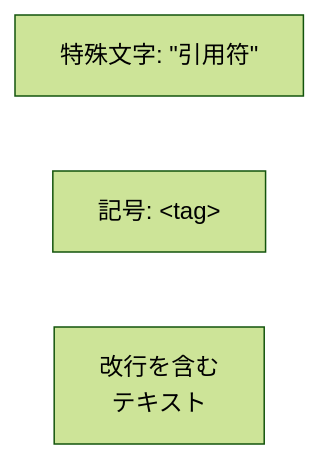
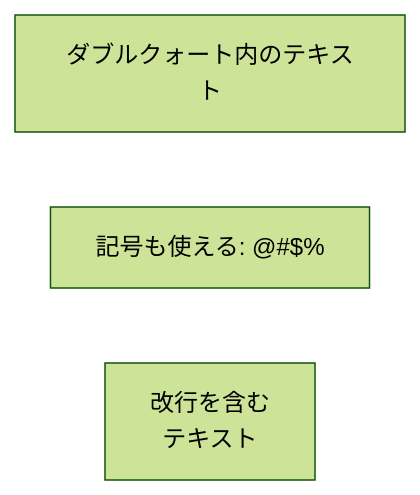
One commit to iwatsushi/mermaid changed diagram 17 of 19 in 01_flowchart.md. Above: the diagram before and after it, drawn with Mermaid (forest theme). The commit also changed other lines of this file and 5 other files, not shown here.

````diff
--- a/01_flowchart.md
+++ b/01_flowchart.md
@@ -214,7 +248,7 @@
 ```mermaid
 flowchart LR
-    A["特殊文字: #quot;引用符#quot;"]
-    B["記号: #lt;tag#gt;"]
+    A["ダブルクォート内のテキスト"]
+    B["記号も使える: @#$%"]
     C["改行を含む
     テキスト"]
 ```
````
